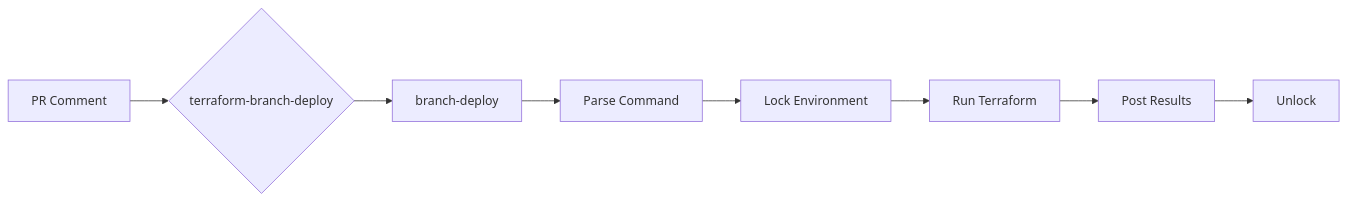
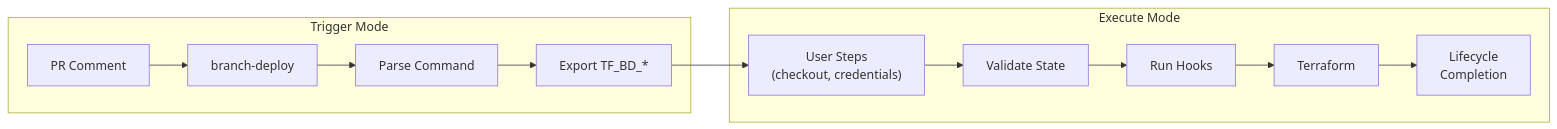
Before and after one commit to scarowar/terraform-branch-deploy: the diagram in README.md, drawn with Mermaid. The commit also changed other lines of this file and 1 other file, not shown here.

First line of the commit message:
docs: update README and hooks documentation for v0.2.0

````diff
--- a/README.md
+++ b/README.md
@@ -112,10 +111,17 @@
 ```mermaid
 flowchart LR
-    A[PR Comment] --> B{terraform-branch-deploy}
-    B --> C[branch-deploy]
-    C --> D[Parse Command]
-    D --> E[Lock Environment]
-    E --> F[Run Terraform]
-    F --> G[Post Results]
-    G --> H[Unlock]
+    subgraph "Trigger Mode"
+        A[PR Comment] --> B[branch-deploy]
+        B --> C[Parse Command]
+        C --> D[Export TF_BD_*]
+    end
+    
+    D --> E["User Steps<br/>(checkout, credentials)"]
+    
+    subgraph "Execute Mode"
+        E --> F[Validate State]
+        F --> G[Run Hooks]
+        G --> H[Terraform]
+        H --> I[Lifecycle<br/>Completion]
+    end
 ```
````
